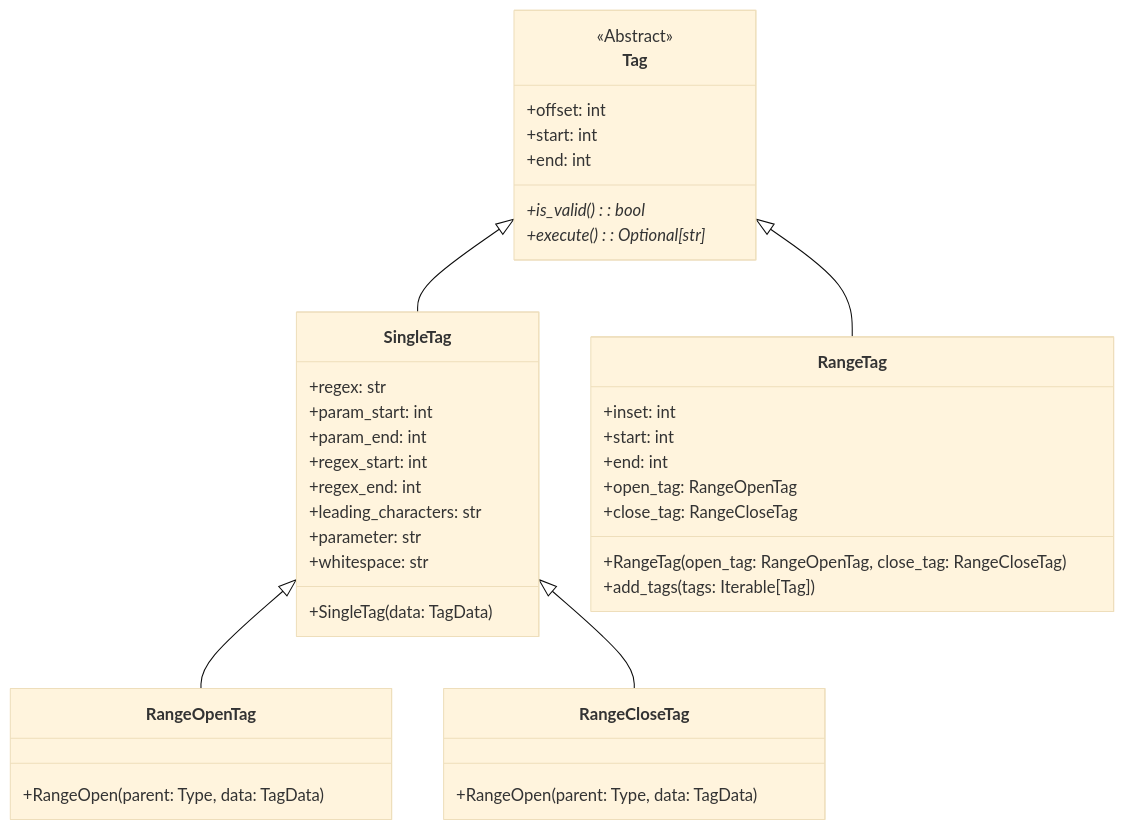
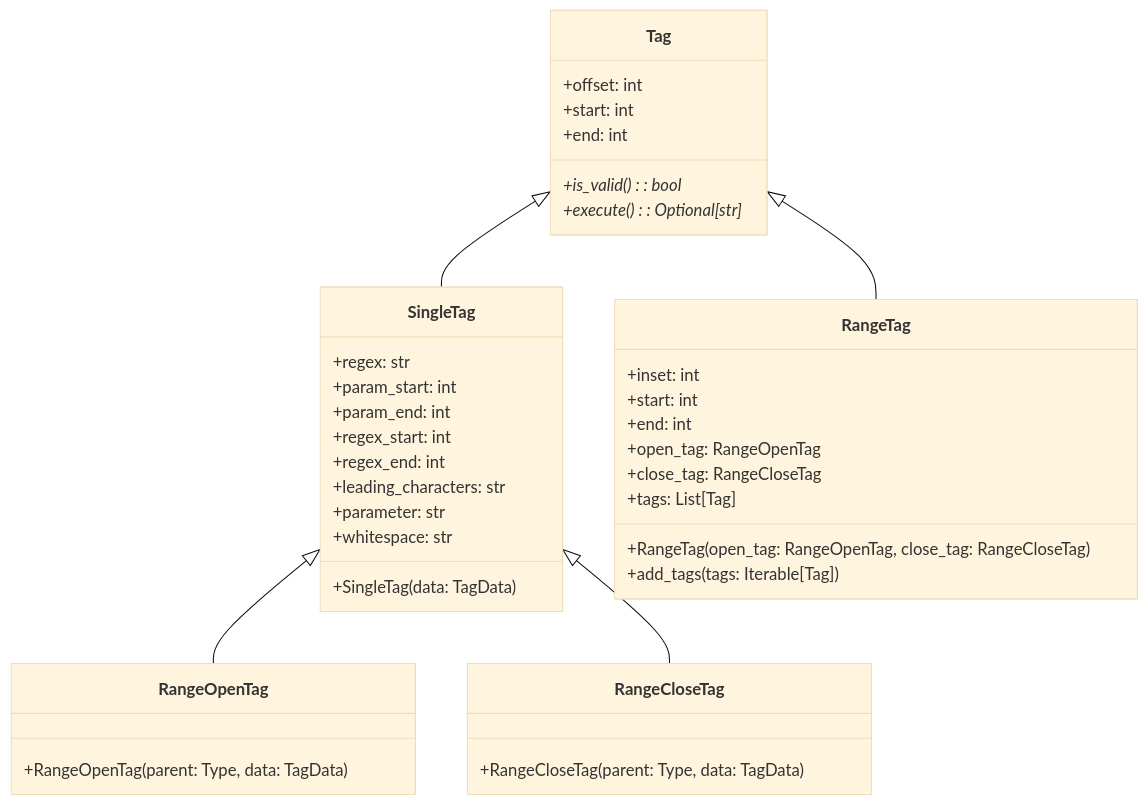
One commit to FontysVenlo/codestripper changed the diagram in README.md. Above: the diagram before and after it, drawn with Mermaid (base theme). The commit also changed other lines of this file, not shown here.

Commit message:
docs: update README to match CLI and tag implementation

````diff
--- a/README.md
+++ b/README.md
@@ -145,42 +171,42 @@
 ```mermaid
 classDiagram
     Tag <|-- SingleTag
     SingleTag <|-- RangeOpenTag
     SingleTag <|-- RangeCloseTag
     Tag <|-- RangeTag
     
     class Tag{
-        <<Abstract>>
         +offset: int
         +start: int
         +end: int
         +is_valid()*: bool
         +execute()*: Optional[str]
     }
     class SingleTag{
         +regex: str
         +param_start: int
         +param_end: int
         +regex_start: int
         +regex_end: int
         +leading_characters: str
         +parameter: str
         +whitespace: str
         +SingleTag(data: TagData)
     }
     class RangeOpenTag{
-        +RangeOpen(parent: Type, data: TagData)
+        +RangeOpenTag(parent: Type, data: TagData)
     }
     class RangeCloseTag{
-        +RangeOpen(parent: Type, data: TagData)
+        +RangeCloseTag(parent: Type, data: TagData)
     }
     class RangeTag{
         +inset: int
         +start: int
         +end: int
         +open_tag: RangeOpenTag
         +close_tag: RangeCloseTag
+        +tags: List[Tag]
         +RangeTag(open_tag: RangeOpenTag, close_tag: RangeCloseTag)
         +add_tags(tags: Iterable[Tag])
     }
 ```
````
